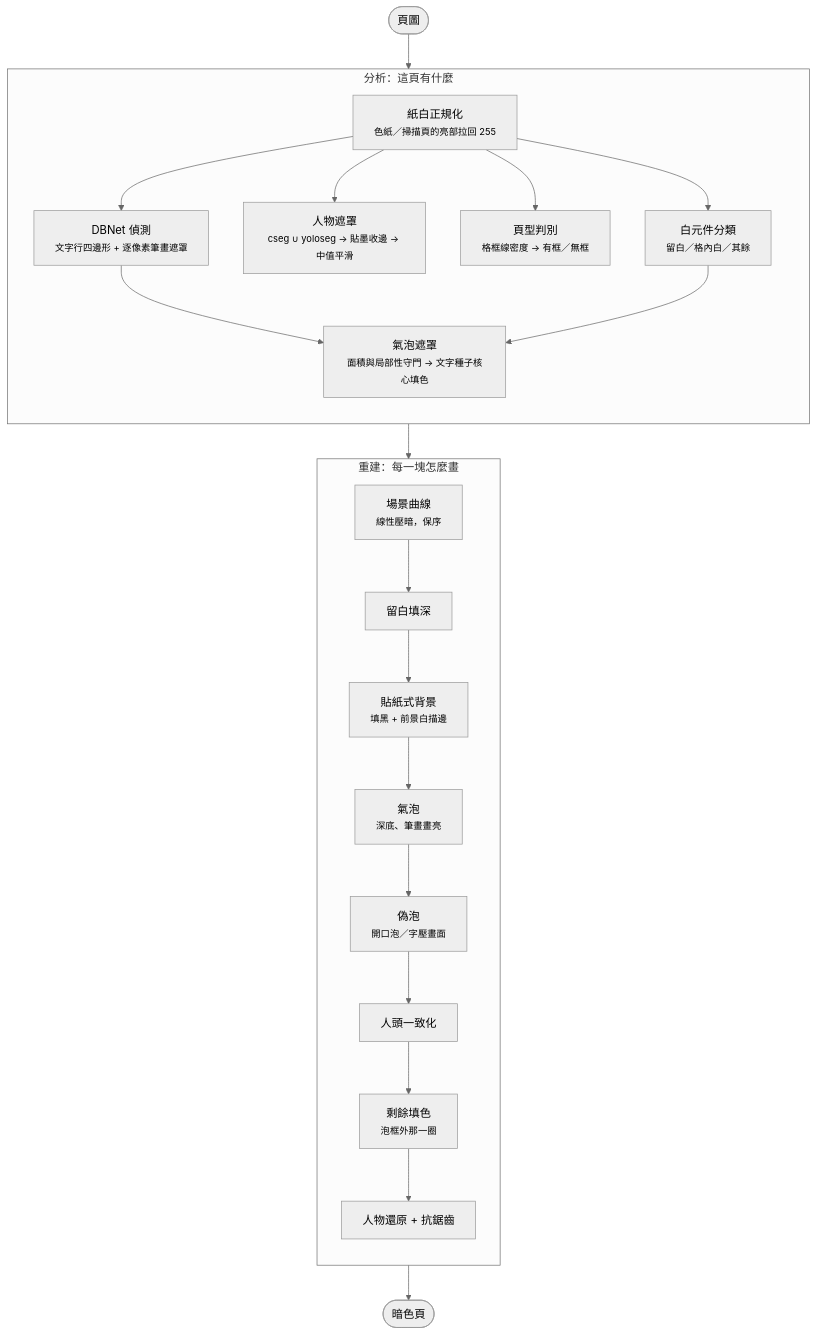
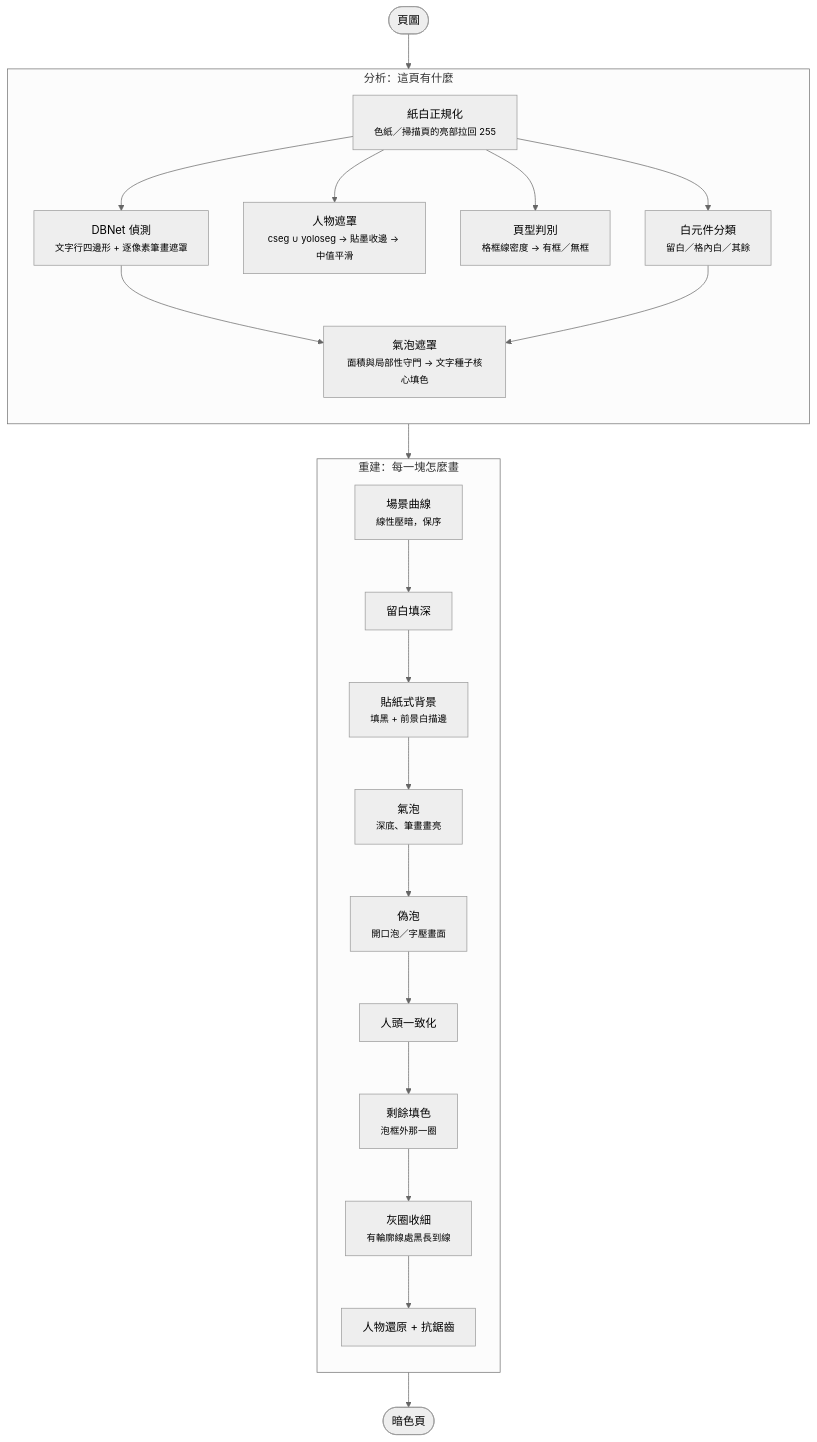
Before and after one commit to joyeli/yakuyomi-nightread: the first of 2 diagrams in docs/ARCHITECTURE_zh.md, drawn with Mermaid (neutral theme). The commit also changed other lines of this file and 45 other files, not shown here.

````diff
--- a/docs/ARCHITECTURE_zh.md
+++ b/docs/ARCHITECTURE_zh.md
@@ -31,28 +31,29 @@
 ```mermaid
 flowchart TB
     IN([頁圖]) --> P[紙白正規化<br/><small>色紙／掃描頁的亮部拉回 255</small>]
 
     subgraph ANA [分析：這頁有什麼]
         direction TB
         P --> DET[DBNet 偵測<br/><small>文字行四邊形 + 逐像素筆畫遮罩</small>]
         P --> CM[人物遮罩<br/><small>cseg ∪ yoloseg → 貼墨收邊 → 中值平滑</small>]
         P --> PT[頁型判別<br/><small>格框線密度 → 有框／無框</small>]
         P --> WC[白元件分類<br/><small>留白／格內白／其餘</small>]
         DET --> BUB[氣泡遮罩<br/><small>面積與局部性守門 → 文字種子核心填色</small>]
         WC --> BUB
     end
 
     subgraph SYN [重建：每一塊怎麼畫]
         direction TB
         SC[場景曲線<br/><small>線性壓暗，保序</small>] --> GUT[留白填深]
         GUT --> STK[貼紙式背景<br/><small>填黑 + 前景白描邊</small>]
         STK --> BB[氣泡<br/><small>深底、筆畫畫亮</small>]
         BB --> PB[偽泡<br/><small>開口泡／字壓畫面</small>]
         PB --> HM[人頭一致化]
         HM --> RST[剩餘填色<br/><small>泡框外那一圈</small>]
-        RST --> RES[人物還原 + 抗鋸齒]
+        RST --> RNG[灰圈收細<br/><small>有輪廓線處黑長到線</small>]
+        RNG --> RES[人物還原 + 抗鋸齒]
     end
 
     ANA --> SC
     RES --> OUT([暗色頁])
 ```
````
